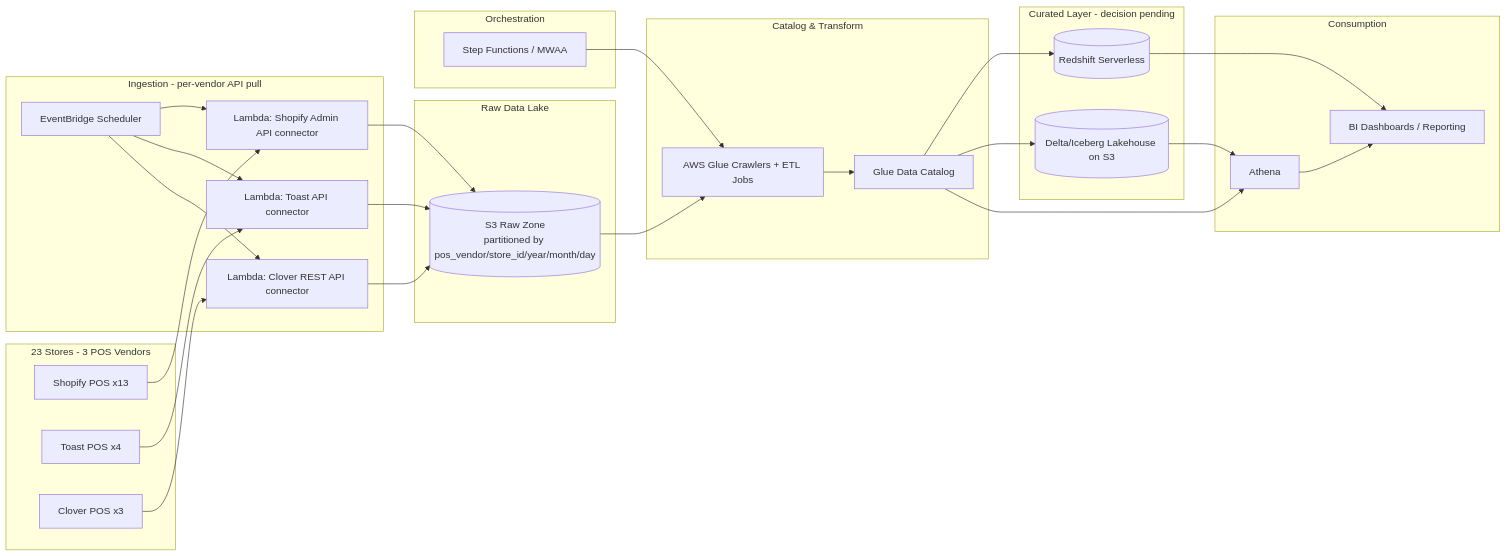
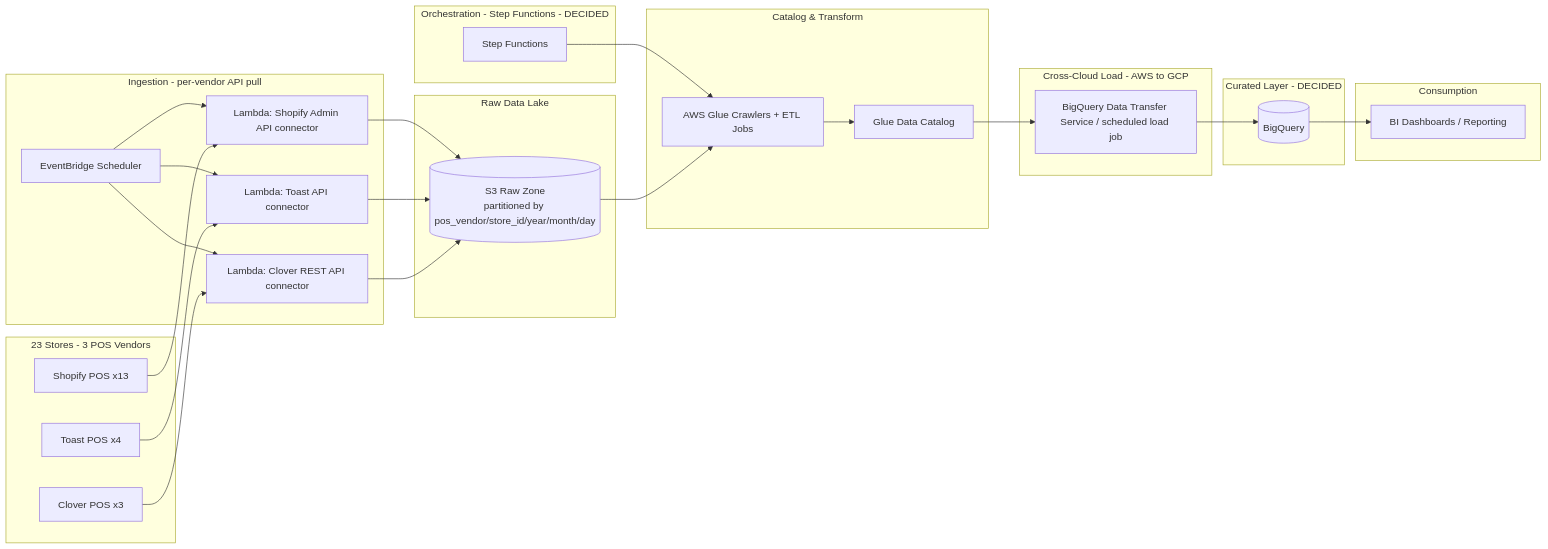
One commit to VictoriaUsman/POS-Data-Pipeline changed the diagram in README.md. Above: the diagram before and after it, drawn with Mermaid. The commit also changed other lines of this file and 10 other files, not shown here.

````diff
--- a/README.md
+++ b/README.md
@@ -20,62 +20,60 @@
 ```mermaid
 flowchart LR
     subgraph Stores["23 Stores - 3 POS Vendors"]
         SHOPIFY[Shopify POS x13]
         TOAST[Toast POS x4]
         CLOVER[Clover POS x3]
     end
 
     subgraph Ingestion["Ingestion - per-vendor API pull"]
         EVENTBRIDGE[EventBridge Scheduler]
         L_SHOPIFY[Lambda: Shopify Admin API connector]
         L_TOAST[Lambda: Toast API connector]
         L_CLOVER[Lambda: Clover REST API connector]
     end
 
     subgraph Lake["Raw Data Lake"]
         S3RAW[(S3 Raw Zone\npartitioned by pos_vendor/store_id/year/month/day)]
     end
 
     subgraph Transform["Catalog & Transform"]
         GLUE[AWS Glue Crawlers + ETL Jobs]
         CATALOG[Glue Data Catalog]
     end
 
-    subgraph Orchestration["Orchestration"]
-        SFN[Step Functions / MWAA]
+    subgraph Orchestration["Orchestration - Step Functions - DECIDED"]
+        SFN[Step Functions]
     end
 
-    subgraph Curated["Curated Layer - decision pending"]
-        REDSHIFT[(Redshift Serverless)]
-        DELTA[(Delta/Iceberg Lakehouse on S3)]
+    subgraph CrossCloud["Cross-Cloud Load - AWS to GCP"]
+        BQLOAD[BigQuery Data Transfer Service / scheduled load job]
+    end
+
+    subgraph Curated["Curated Layer - DECIDED"]
+        BIGQUERY[(BigQuery)]
     end
 
     subgraph Consume["Consumption"]
-        ATHENA[Athena]
         BI[BI Dashboards / Reporting]
     end
 
     EVENTBRIDGE --> L_SHOPIFY
     EVENTBRIDGE --> L_TOAST
     EVENTBRIDGE --> L_CLOVER
 
     SHOPIFY --> L_SHOPIFY
     TOAST --> L_TOAST
     CLOVER --> L_CLOVER
 
     L_SHOPIFY --> S3RAW
     L_TOAST --> S3RAW
     L_CLOVER --> S3RAW
 
     SFN --> GLUE
     GLUE --> CATALOG
     S3RAW --> GLUE
 
-    CATALOG --> REDSHIFT
-    CATALOG --> DELTA
-    CATALOG --> ATHENA
-
-    REDSHIFT --> BI
-    DELTA --> ATHENA
-    ATHENA --> BI
+    CATALOG --> BQLOAD
+    BQLOAD --> BIGQUERY
+    BIGQUERY --> BI
 ```
````
